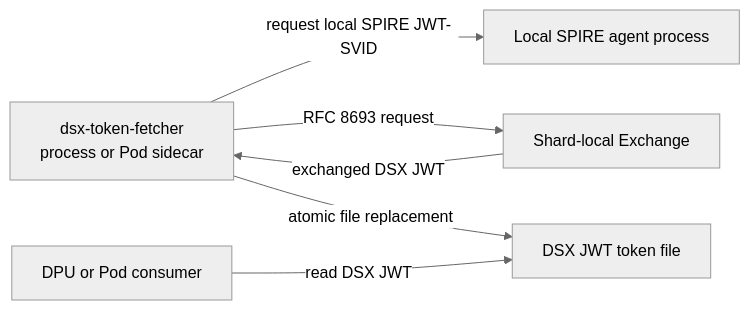
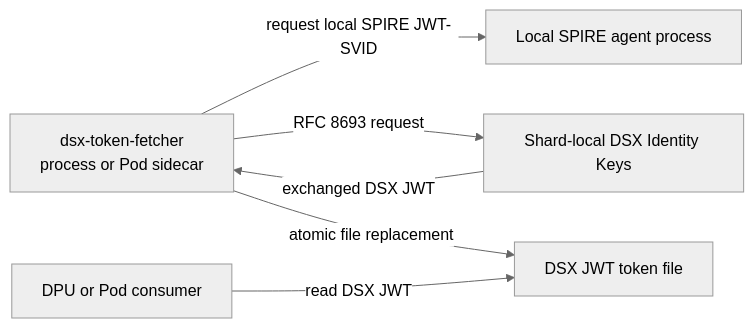
The diagram in cmd/dsx-token-fetcher/README.md (dsx-ai-factory/nvidia-workload-identity), drawn with Mermaid (neutral theme) before and after one commit. The commit also changed other lines of this file and 68 other files, not shown here.

Commit message:
fix!: rename component to dsx-identity-keys

````diff
--- a/cmd/dsx-token-fetcher/README.md
+++ b/cmd/dsx-token-fetcher/README.md
@@ -8,8 +8,8 @@
 ```mermaid
 flowchart LR
     Fetcher["dsx-token-fetcher<br/>process or Pod sidecar"] -->|"request local SPIRE JWT-SVID"| Agent["Local SPIRE agent process"]
-    Fetcher -->|"RFC 8693 request"| Exchange["Shard-local Exchange"]
-    Exchange -->|"exchanged DSX JWT"| Fetcher
+    Fetcher -->|"RFC 8693 request"| IdentityKeys["Shard-local DSX Identity Keys"]
+    IdentityKeys -->|"exchanged DSX JWT"| Fetcher
     Fetcher -->|"atomic file replacement"| File["DSX JWT token file"]
     Consumer["DPU or Pod consumer"] -->|"read DSX JWT"| File
 ```
````
